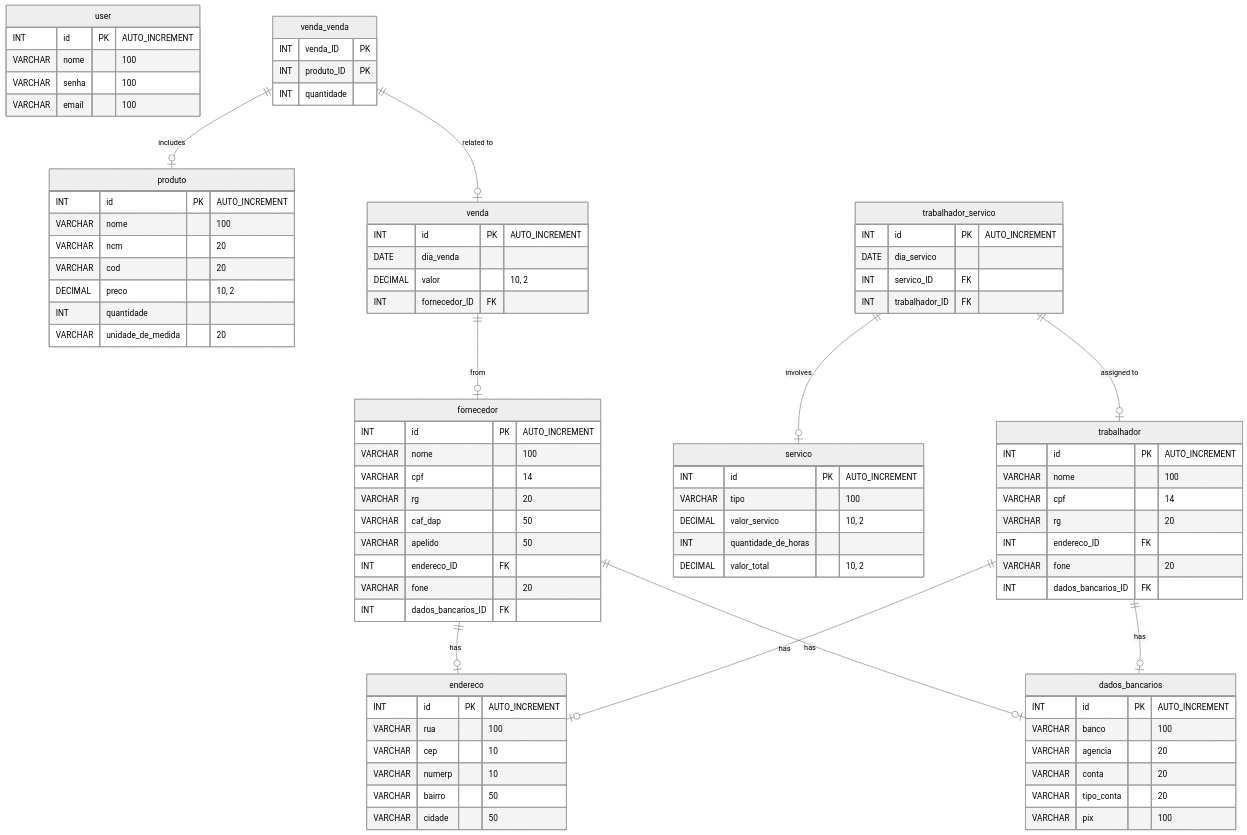
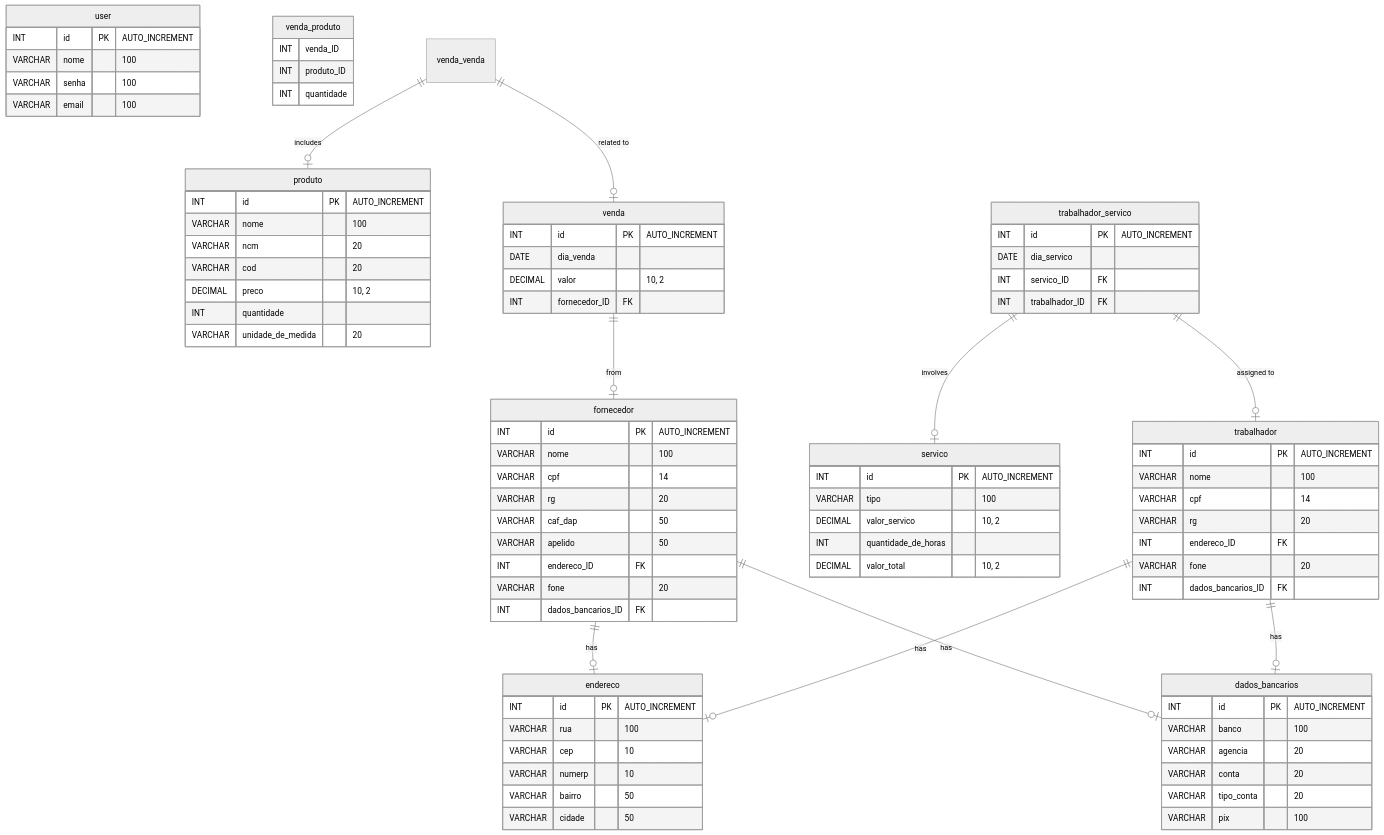
The diagram in README.md (abraaoBaracho/cooperAgri), drawn with Mermaid (neutral theme) before and after one commit. The commit also changed 10 other files, not shown here.

```diff
--- a/README.md
+++ b/README.md
@@ -88,9 +88,9 @@
         INT fornecedor_ID FK
     }
 
-    venda_venda {
-        INT venda_ID PK
-        INT produto_ID PK
+    venda_produto {
+        INT venda_ID
+        INT produto_ID 
         INT quantidade
     }
 
```
